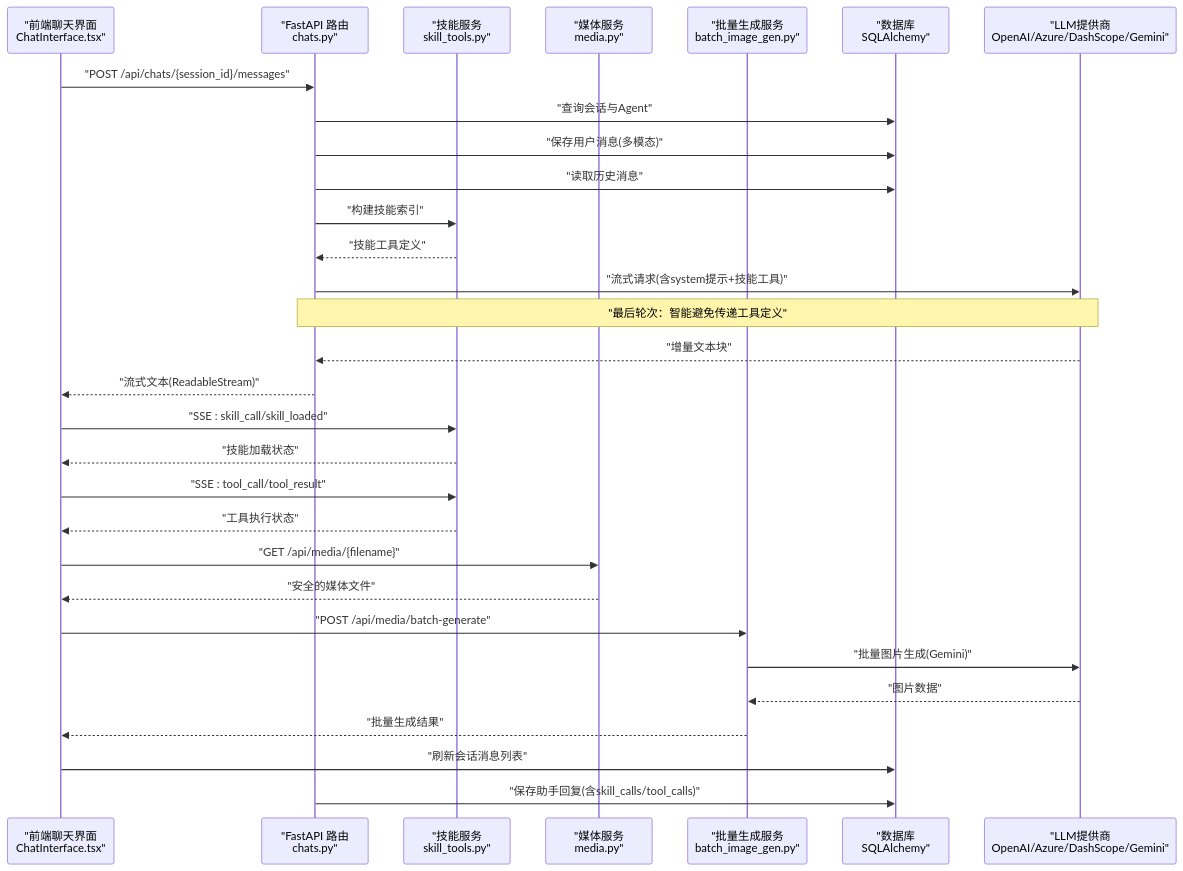
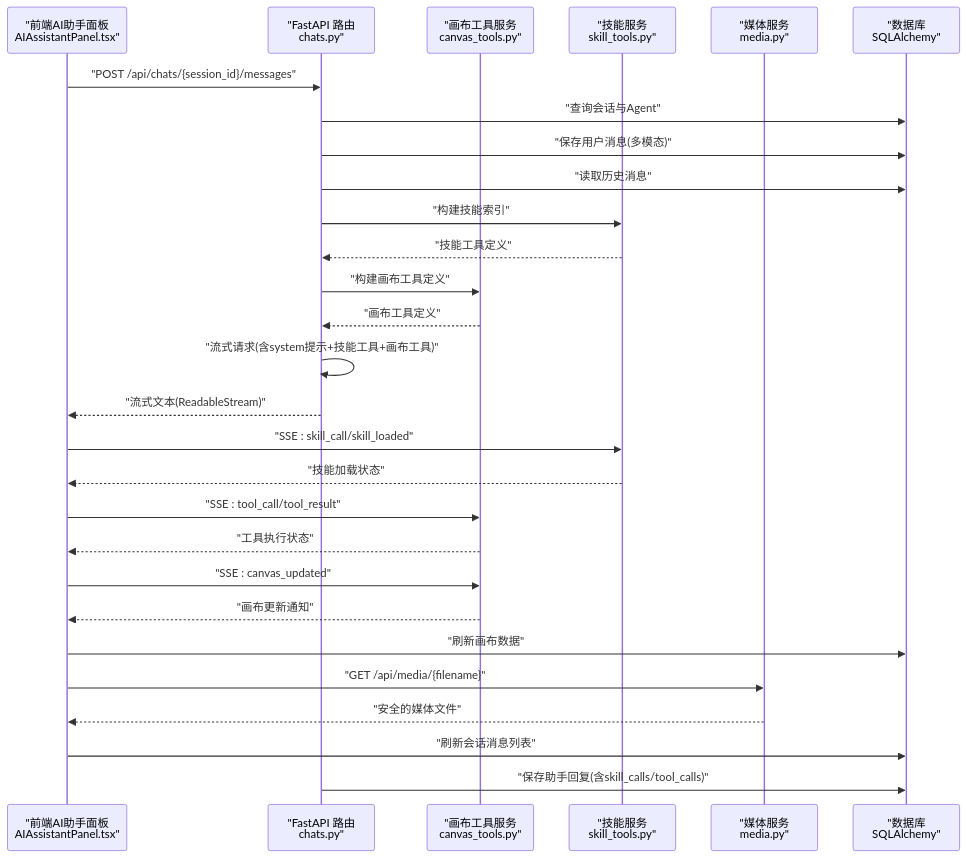
The second of 14 diagrams in .qoder/repowiki/zh/content/后端开发指南/API路由系统/聊天交互API.md (KunLabAI/KunFlix), drawn with Mermaid before and after one commit. The commit also changed other lines of this file and 15 other files, not shown here.

````diff
--- a/.qoder/repowiki/zh/content/后端开发指南/API路由系统/聊天交互API.md
+++ b/.qoder/repowiki/zh/content/后端开发指南/API路由系统/聊天交互API.md
@@ -145,32 +153,30 @@
 ```mermaid
 sequenceDiagram
-participant FE as "前端聊天界面<br/>ChatInterface.tsx"
+participant FE as "前端AI助手面板<br/>AIAssistantPanel.tsx"
 participant API as "FastAPI 路由<br/>chats.py"
+participant Canvas as "画布工具服务<br/>canvas_tools.py"
 participant Skills as "技能服务<br/>skill_tools.py"
 participant Media as "媒体服务<br/>media.py"
-participant BatchGen as "批量生成服务<br/>batch_image_gen.py"
 participant DB as "数据库<br/>SQLAlchemy"
-participant LLM as "LLM提供商<br/>OpenAI/Azure/DashScope/Gemini"
 FE->>API : "POST /api/chats/{session_id}/messages"
 API->>DB : "查询会话与Agent"
 API->>DB : "保存用户消息(多模态)"
 API->>DB : "读取历史消息"
 API->>Skills : "构建技能索引"
 Skills-->>API : "技能工具定义"
-API->>LLM : "流式请求(含system提示+技能工具)"
-Note over API,LLM : "最后轮次：智能避免传递工具定义"
-LLM-->>API : "增量文本块"
+API->>Canvas : "构建画布工具定义"
+Canvas-->>API : "画布工具定义"
+API->>API : "流式请求(含system提示+技能工具+画布工具)"
 API-->>FE : "流式文本(ReadableStream)"
 FE->>Skills : "SSE : skill_call/skill_loaded"
 Skills-->>FE : "技能加载状态"
-FE->>Skills : "SSE : tool_call/tool_result"
-Skills-->>FE : "工具执行状态"
+FE->>Canvas : "SSE : tool_call/tool_result"
+Canvas-->>FE : "工具执行状态"
+FE->>Canvas : "SSE : canvas_updated"
+Canvas-->>FE : "画布更新通知"
+FE->>DB : "刷新画布数据"
 FE->>Media : "GET /api/media/{filename}"
 Media-->>FE : "安全的媒体文件"
-FE->>BatchGen : "POST /api/media/batch-generate"
-BatchGen->>LLM : "批量图片生成(Gemini)"
-LLM-->>BatchGen : "图片数据"
-BatchGen-->>FE : "批量生成结果"
 FE->>DB : "刷新会话消息列表"
 API->>DB : "保存助手回复(含skill_calls/tool_calls)"
 ```
````
